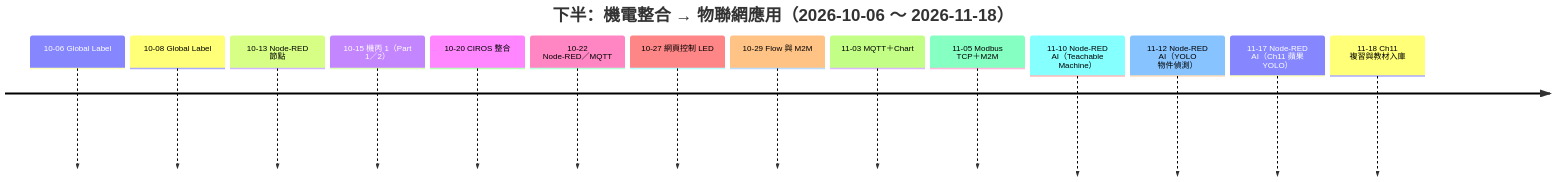
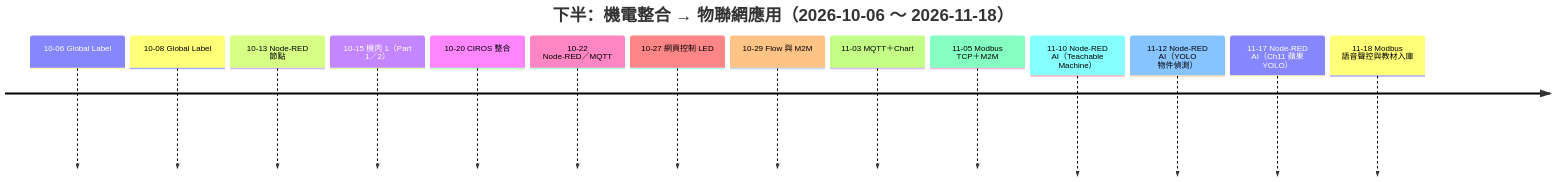
Before and after one commit to yd7148/INDUSTRY-4.0: the fifth of 6 diagrams in README.md, drawn with Mermaid. The commit also changed other lines of this file and 3 other files, not shown here.

````diff
--- a/README.md
+++ b/README.md
@@ -238,18 +244,18 @@
 ```mermaid
 timeline
     title 下半：機電整合 → 物聯網應用（2026-10-06 ～ 2026-11-18）
     10-06 Global Label
     10-08 Global Label
     10-13 Node-RED 節點
     10-15 機丙 1（Part 1／2）
     10-20 CIROS 整合
     10-22 Node-RED／MQTT
     10-27 網頁控制 LED
     10-29 Flow 與 M2M
     11-03 MQTT＋Chart
     11-05 Modbus TCP＋M2M
     11-10 Node-RED AI（Teachable Machine）
     11-12 Node-RED AI（YOLO 物件偵測）
     11-17 Node-RED AI（Ch11 蘋果 YOLO）
-    11-18 Ch11 複習與教材入庫
+    11-18 Modbus 語音聲控與教材入庫
 ```
````
